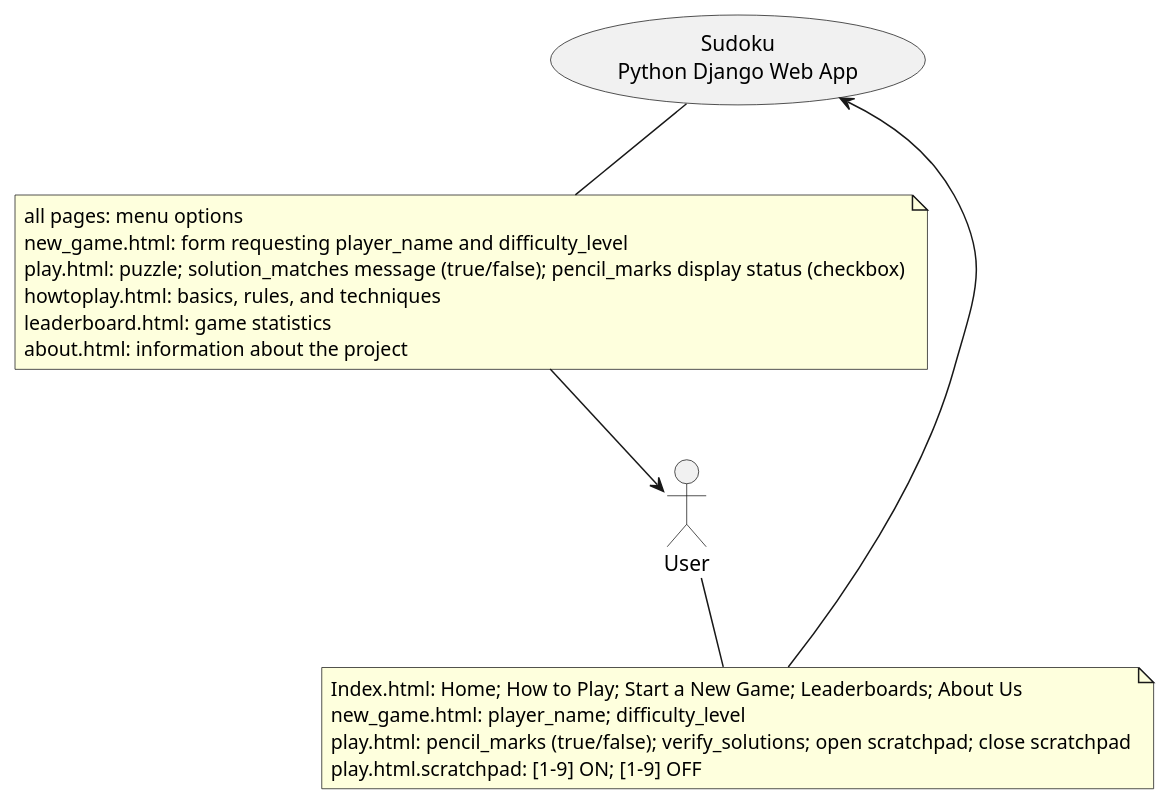
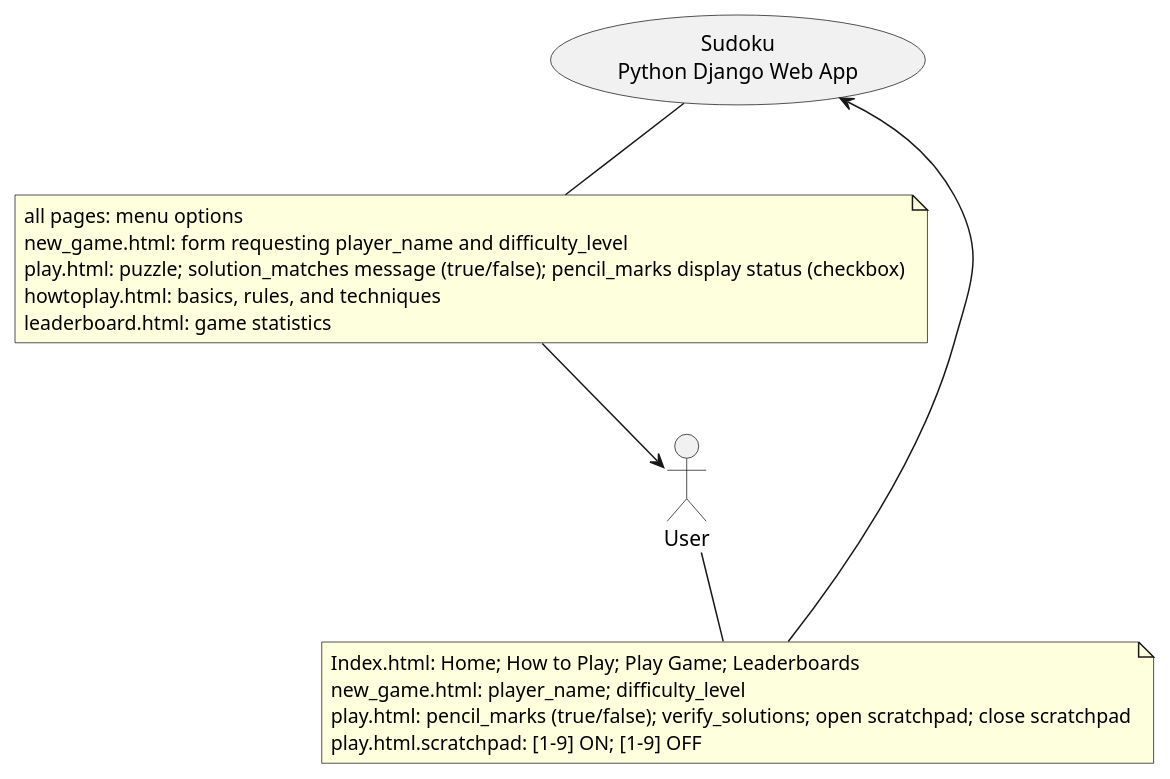
Before and after one commit to breencp/Sudoku: the diagram in sudoku_proj/context.puml, drawn with PlantUML. The commit also changed 4 other files, not shown here.

```diff
--- a/sudoku_proj/context.puml
+++ b/sudoku_proj/context.puml
@@ -1,27 +1,26 @@
 @startuml
 (Sudoku\nPython Django Web App) as (WebApp)
 
 note as input
-    Index.html: Home; How to Play; Start a New Game; Leaderboards; About Us
+    Index.html: Home; How to Play; Play Game; Leaderboards
     new_game.html: player_name; difficulty_level
     play.html: pencil_marks (true/false); verify_solutions; open scratchpad; close scratchpad
     play.html.scratchpad: [1-9] ON; [1-9] OFF
 end note
 
 note as output
     all pages: menu options
     new_game.html: form requesting player_name and difficulty_level
     play.html: puzzle; solution_matches message (true/false); pencil_marks display status (checkbox)
     howtoplay.html: basics, rules, and techniques
     leaderboard.html: game statistics
-    about.html: information about the project
 end note
 
 User -- input
 input --> (WebApp)
 
 (WebApp) -- output
 output --> (User)
 
 
 @enduml
```
